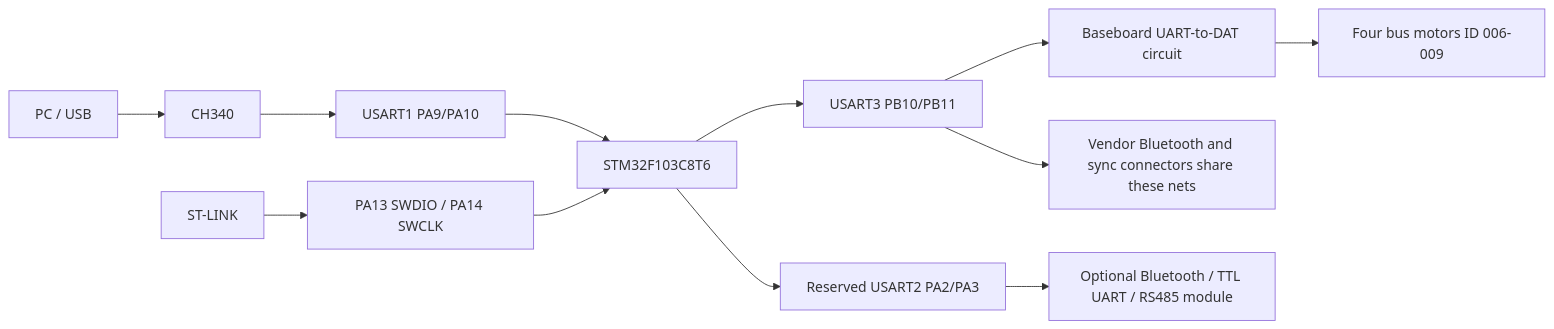
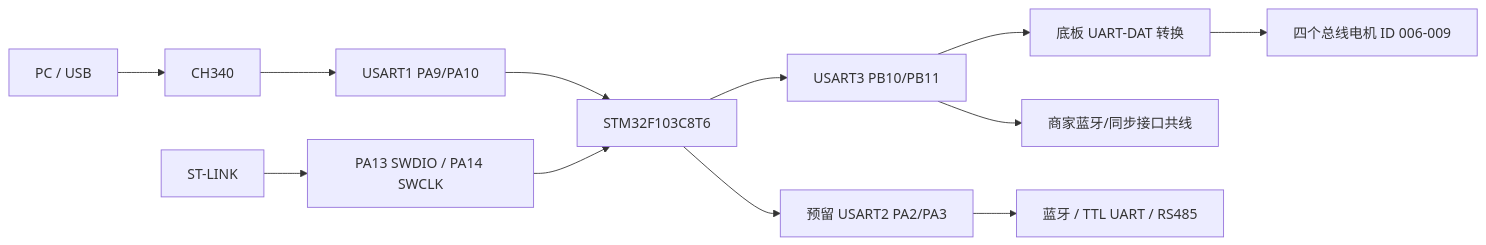
The first of 2 diagrams in docs/hardware.md (chbq/c5-car-playground), drawn with Mermaid before and after one commit. The commit also changed other lines of this file and 10 other files, not shown here.

````diff
--- a/docs/hardware.md
+++ b/docs/hardware.md
@@ -25,18 +23,14 @@
 ```mermaid
 flowchart LR
     PC["PC / USB"] --> CH340["CH340"]
     CH340 --> U1["USART1 PA9/PA10"]
     U1 --> MCU["STM32F103C8T6"]
-
     MCU --> U3["USART3 PB10/PB11"]
-    U3 --> DAT["Baseboard UART-to-DAT circuit"]
-    DAT --> M["Four bus motors ID 006-009"]
-
-    U3 --> LEGACY["Vendor Bluetooth and sync connectors share these nets"]
-
-    MCU --> U2["Reserved USART2 PA2/PA3"]
-    U2 --> EXT["Optional Bluetooth / TTL UART / RS485 module"]
-
+    U3 --> DAT["底板 UART-DAT 转换"]
+    DAT --> M["四个总线电机 ID 006-009"]
+    U3 --> LEGACY["商家蓝牙/同步接口共线"]
+    MCU --> U2["预留 USART2 PA2/PA3"]
+    U2 --> EXT["蓝牙 / TTL UART / RS485"]
     SWD["ST-LINK"] --> DBG["PA13 SWDIO / PA14 SWCLK"]
     DBG --> MCU
 ```
````
